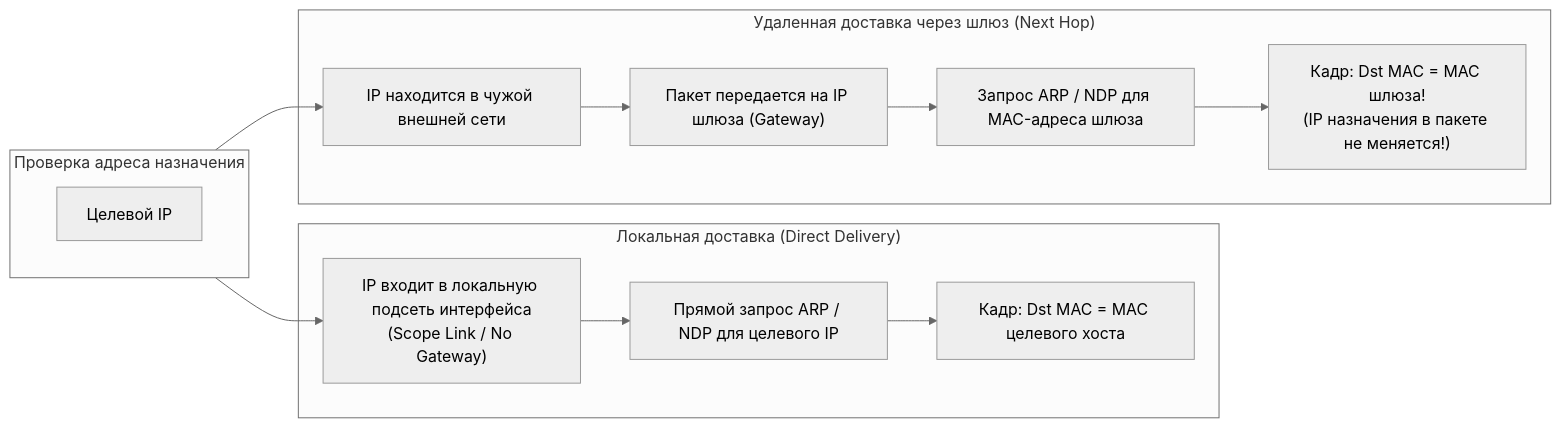
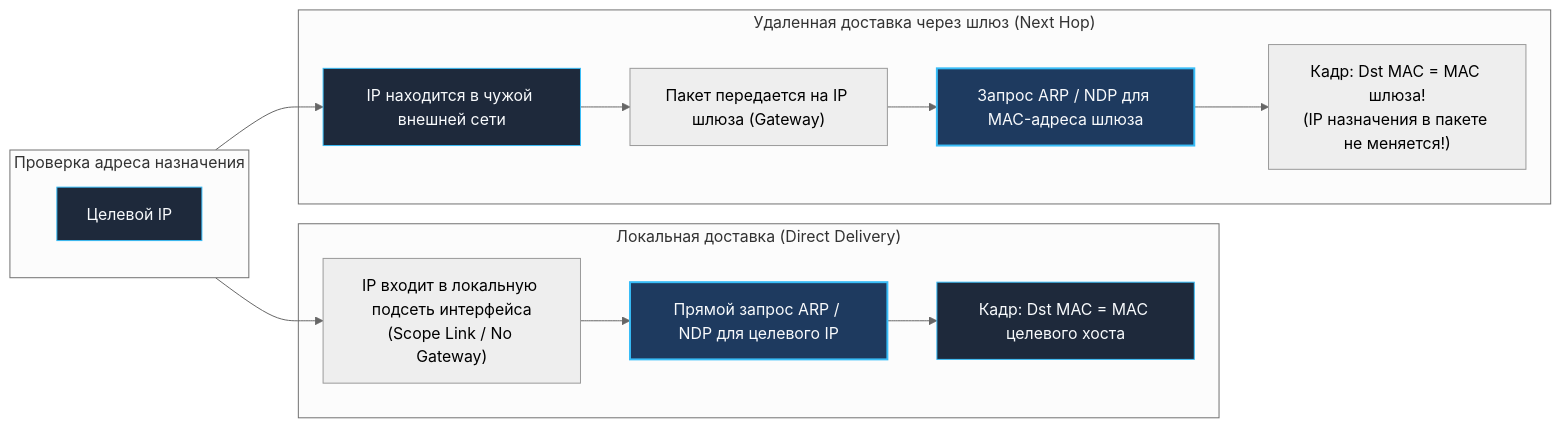
The third of 5 diagrams in sources/3. Компьютерные сети и сетевой стек/6. Маршрутизация. Таблица маршрутов, шлюзы и default route.md (UnrealTemplier/go-textbook), drawn with Mermaid (neutral theme) before and after one commit. The commit also changed other lines of this file and 1666 other files, not shown here.

First line of the commit message:
feat(mermaid): add semantic color classDef to 1369 colorless flowchart/graph diagrams

````diff
--- a/sources/3. Компьютерные сети и сетевой стек/6. Маршрутизация. Таблица маршрутов, шлюзы и default route.md
+++ b/sources/3. Компьютерные сети и сетевой стек/6. Маршрутизация. Таблица маршрутов, шлюзы и default route.md
@@ -141,24 +161,34 @@
 ```mermaid
 flowchart LR
+    classDef process  fill:#1e293b,stroke:#38bdf8,stroke-width:1px,color:#f8fafc
+    classDef success  fill:#064e3b,stroke:#34d399,stroke-width:1px,color:#f8fafc
+    classDef error    fill:#7f1d1d,stroke:#f87171,stroke-width:1px,color:#f8fafc
+    classDef warning  fill:#78350f,stroke:#fbbf24,stroke-width:1px,color:#f8fafc
+    classDef entry    fill:#1e3a5f,stroke:#38bdf8,stroke-width:2px,color:#f8fafc
+    classDef aux      fill:#334155,stroke:#64748b,stroke-width:1px,color:#f8fafc
+    classDef system   fill:#312e81,stroke:#a78bfa,stroke-width:1px,color:#f8fafc
+    classDef data     fill:#132d29,stroke:#2dd4bf,stroke-width:1px,color:#f8fafc
+    classDef network  fill:#881337,stroke:#fb7185,stroke-width:1px,color:#f8fafc
+    classDef accent   fill:#1e1b4b,stroke:#818cf8,stroke-width:1px,color:#f8fafc
     subgraph Decision ["Проверка адреса назначения"]
-        IP["Целевой IP"]
+        IP["Целевой IP"]:::process
     end
 
     subgraph Direct ["Локальная доставка (Direct Delivery)"]
         SameSubnet["IP входит в локальную подсеть интерфейса<br/>(Scope Link / No Gateway)"]
-        ARP["Прямой запрос ARP / NDP для целевого IP"]
-        EthDirect["Кадр: Dst MAC = MAC целевого хоста"]
+        ARP["Прямой запрос ARP / NDP для целевого IP"]:::entry
+        EthDirect["Кадр: Dst MAC = MAC целевого хоста"]:::process
         SameSubnet --> ARP --> EthDirect
     end
 
     subgraph GatewayDelivery ["Удаленная доставка через шлюз (Next Hop)"]
-        DiffSubnet["IP находится в чужой внешней сети"]
+        DiffSubnet["IP находится в чужой внешней сети"]:::process
         GW["Пакет передается на IP шлюза (Gateway)"]
-        ARPGW["Запрос ARP / NDP для MAC-адреса шлюза"]
+        ARPGW["Запрос ARP / NDP для MAC-адреса шлюза"]:::entry
         EthGW["Кадр: Dst MAC = MAC шлюза!<br/>(IP назначения в пакете не меняется!)"]
         DiffSubnet --> GW --> ARPGW --> EthGW
     end
 
     Decision --> SameSubnet
     Decision --> DiffSubnet
 ```
````
